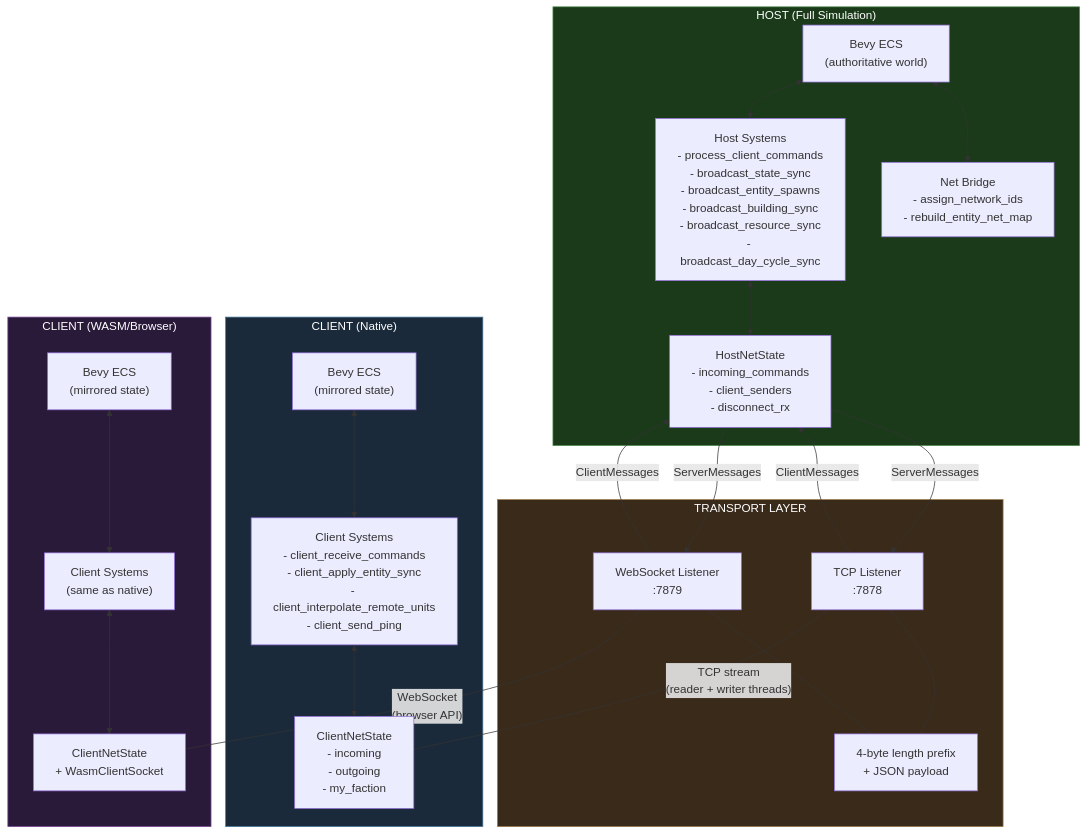
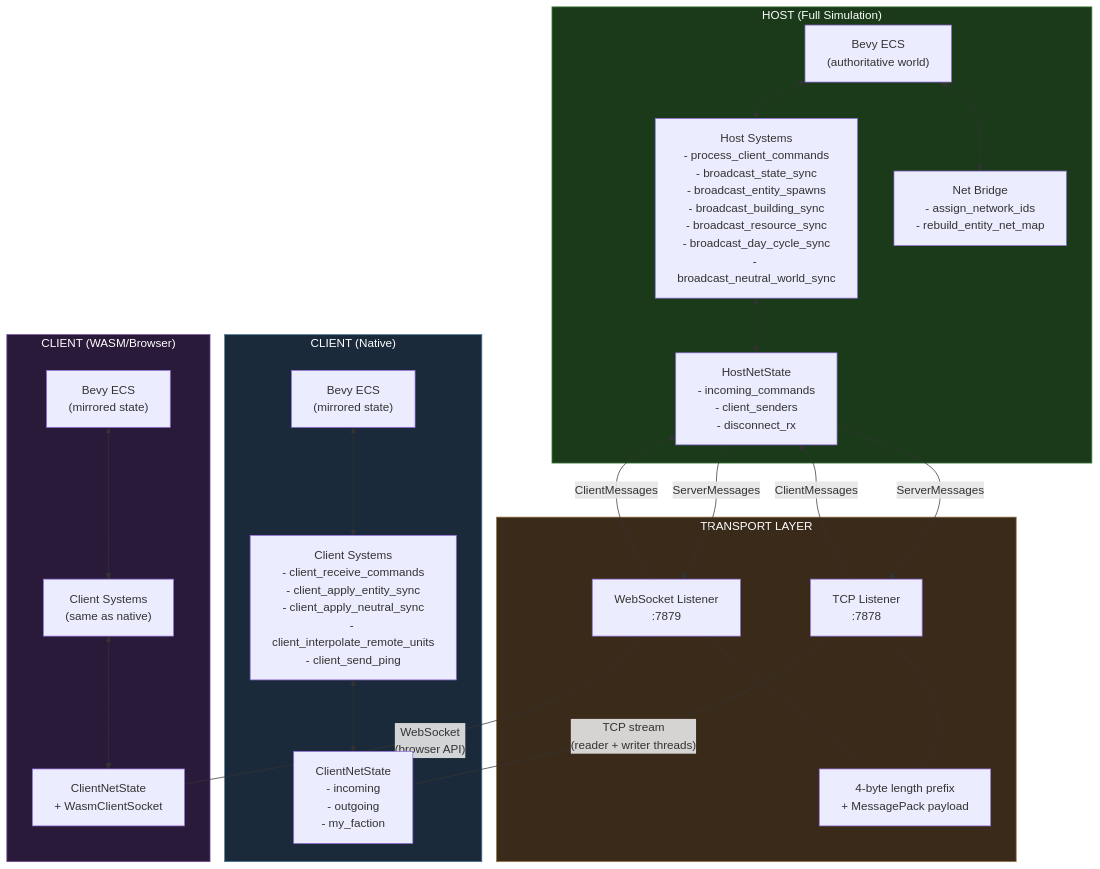
The first of 11 diagrams in docs/multiplayer-architecture.md (pashaydev/RTS), drawn with Mermaid before and after one commit. The commit also changed other lines of this file and 17 other files, not shown here.

````diff
--- a/docs/multiplayer-architecture.md
+++ b/docs/multiplayer-architecture.md
@@ -10,49 +11,49 @@
 ```mermaid
 flowchart TB
     subgraph Host["HOST (Full Simulation)"]
         ECS["Bevy ECS\n(authoritative world)"]
-        HS["Host Systems\n- process_client_commands\n- broadcast_state_sync\n- broadcast_entity_spawns\n- broadcast_building_sync\n- broadcast_resource_sync\n- broadcast_day_cycle_sync"]
+        HS["Host Systems\n- process_client_commands\n- broadcast_state_sync\n- broadcast_entity_spawns\n- broadcast_building_sync\n- broadcast_resource_sync\n- broadcast_day_cycle_sync\n- broadcast_neutral_world_sync"]
         NB["Net Bridge\n- assign_network_ids\n- rebuild_entity_net_map"]
         HNS["HostNetState\n- incoming_commands\n- client_senders\n- disconnect_rx"]
 
         ECS <--> HS
         ECS <--> NB
         HS <--> HNS
     end
 
     subgraph Transport["TRANSPORT LAYER"]
         TCP["TCP Listener\n:7878"]
         WS["WebSocket Listener\n:7879"]
-        TCP --- FRAME["4-byte length prefix\n+ JSON payload"]
+        TCP --- FRAME["4-byte length prefix\n+ MessagePack payload"]
         WS --- FRAME
     end
 
     subgraph Client1["CLIENT (Native)"]
         CECS1["Bevy ECS\n(mirrored state)"]
-        CS1["Client Systems\n- client_receive_commands\n- client_apply_entity_sync\n- client_interpolate_remote_units\n- client_send_ping"]
+        CS1["Client Systems\n- client_receive_commands\n- client_apply_entity_sync\n- client_apply_neutral_sync\n- client_interpolate_remote_units\n- client_send_ping"]
         CNS1["ClientNetState\n- incoming\n- outgoing\n- my_faction"]
         CECS1 <--> CS1
         CS1 <--> CNS1
     end
 
     subgraph Client2["CLIENT (WASM/Browser)"]
         CECS2["Bevy ECS\n(mirrored state)"]
         CS2["Client Systems\n(same as native)"]
         CNS2["ClientNetState\n+ WasmClientSocket"]
         CECS2 <--> CS2
         CS2 <--> CNS2
     end
 
     HNS -->|ServerMessages| TCP
     HNS -->|ServerMessages| WS
     TCP -->|ClientMessages| HNS
     WS -->|ClientMessages| HNS
 
     TCP ---|"TCP stream\n(reader + writer threads)"| CNS1
     WS ---|"WebSocket\n(browser API)"| CNS2
 
     style Host fill:#1a3a1a,stroke:#4a8a4a,color:#fff
     style Client1 fill:#1a2a3a,stroke:#4a7a9a,color:#fff
     style Client2 fill:#2a1a3a,stroke:#7a4a9a,color:#fff
     style Transport fill:#3a2a1a,stroke:#9a7a4a,color:#fff
 ```
````
